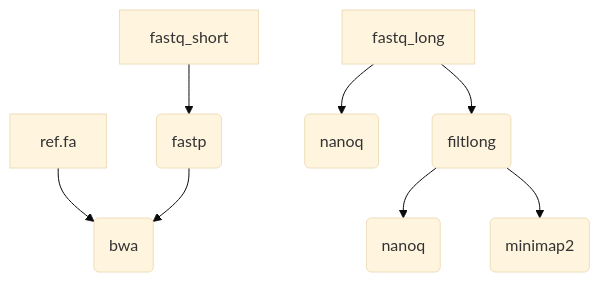
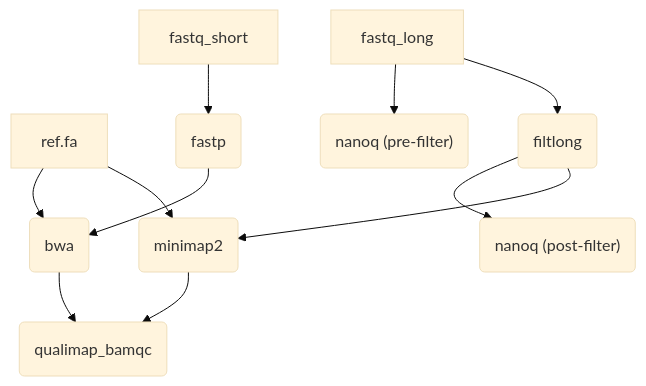
The diagram in README.md (BCCDC-PHL/alignment-variants), drawn with Mermaid (base theme) before and after one commit.

````diff
--- a/README.md
+++ b/README.md
@@ -16,13 +16,16 @@
 ```mermaid
 flowchart TD
   ref[ref.fa]
   fastq_short[fastq_short]
   fastq_long[fastq_long]
   fastq_short --> fastp(fastp)
-  fastq_long --> nanoq_pre_filter(nanoq)
+  fastq_long --> nanoq_pre_filter("nanoq (pre-filter)")
   fastq_long --> filtlong(filtlong)
-  filtlong --> nanoq_post_filter(nanoq)
+  filtlong --> nanoq_post_filter("nanoq (post-filter)")
   ref --> bwa(bwa)
   fastp --> bwa
-  filtlong --> minimap2(minimap2)
+  ref --> minimap2(minimap2)
+  filtlong --> minimap2
+  bwa --> qualimap(qualimap_bamqc)
+  minimap2 --> qualimap
 ```
````
